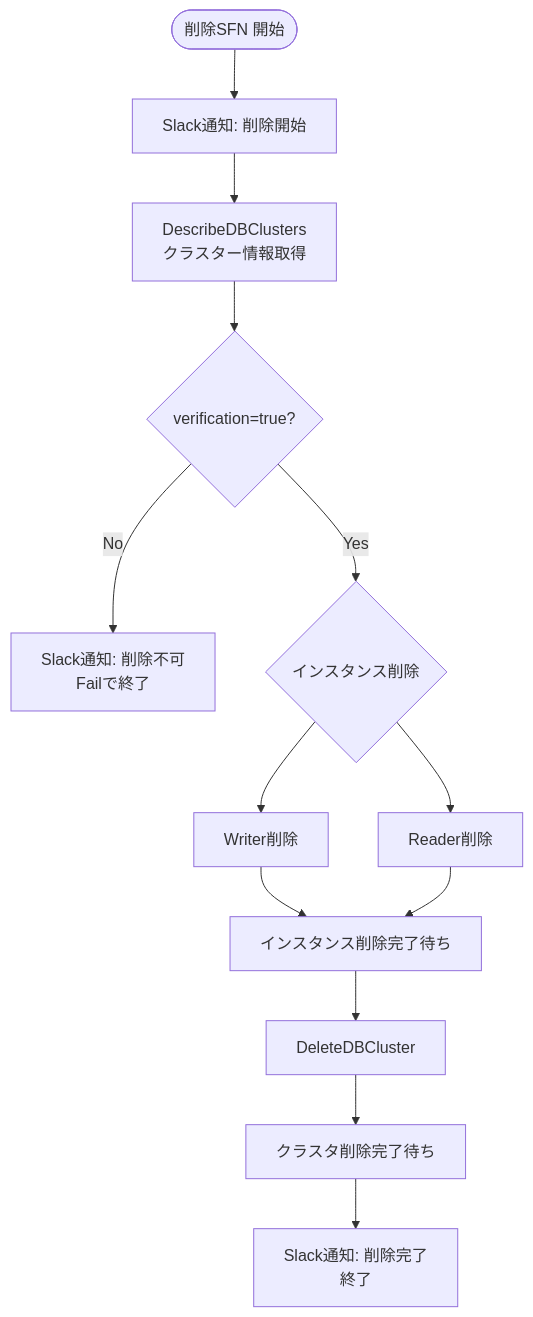
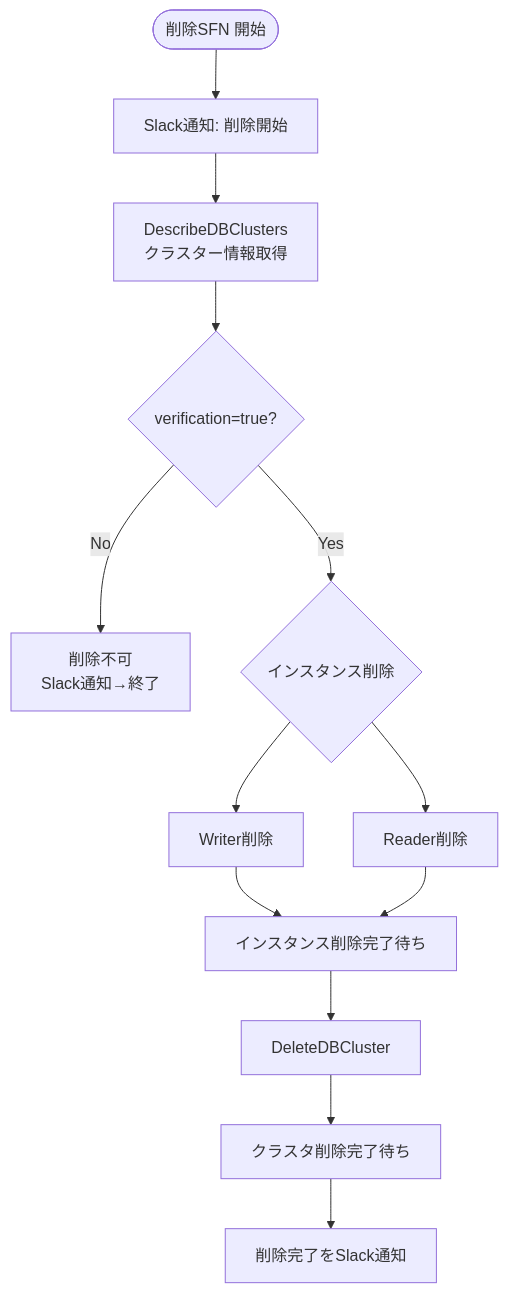
One commit to gi-no/zenn_paiza changed the fourth of 4 diagrams in articles/aurora-clone-verification-db-stepfunctions.md. Above: the diagram before and after it, drawn with Mermaid. The commit also changed other lines of this file, not shown here.

````diff
--- a/articles/aurora-clone-verification-db-stepfunctions.md
+++ b/articles/aurora-clone-verification-db-stepfunctions.md
@@ -297,20 +319,20 @@
 ```mermaid
 graph TD
   DelStart([削除SFN 開始]) --> PreMsg[Slack通知: 削除開始]
 
   PreMsg --> DescCluster[DescribeDBClusters<br/>クラスター情報取得]
   DescCluster --> CheckTag{verification=true?}
 
-  CheckTag -->|No| Error[Slack通知: 削除不可<br/>Failで終了]
+  CheckTag -->|No| Error[削除不可<br/>Slack通知→終了]
   CheckTag -->|Yes| P1{インスタンス削除}
 
   P1 --> RW[Writer削除]
   P1 --> RR[Reader削除]
 
   RW --> WaitInst[インスタンス削除完了待ち]
   RR --> WaitInst
 
   WaitInst --> DelCluster[DeleteDBCluster]
   DelCluster --> WaitCluster[クラスタ削除完了待ち]
-  WaitCluster --> Success[Slack通知: 削除完了<br/>終了]
+  WaitCluster --> Success[削除完了をSlack通知]
 ```
````
